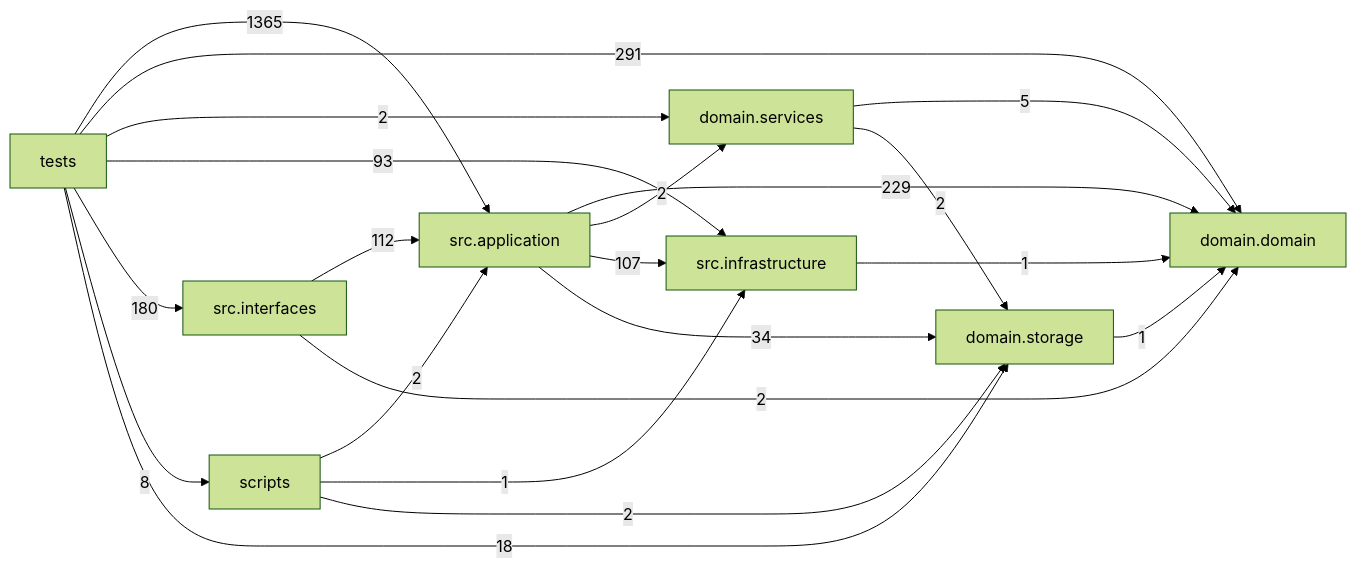
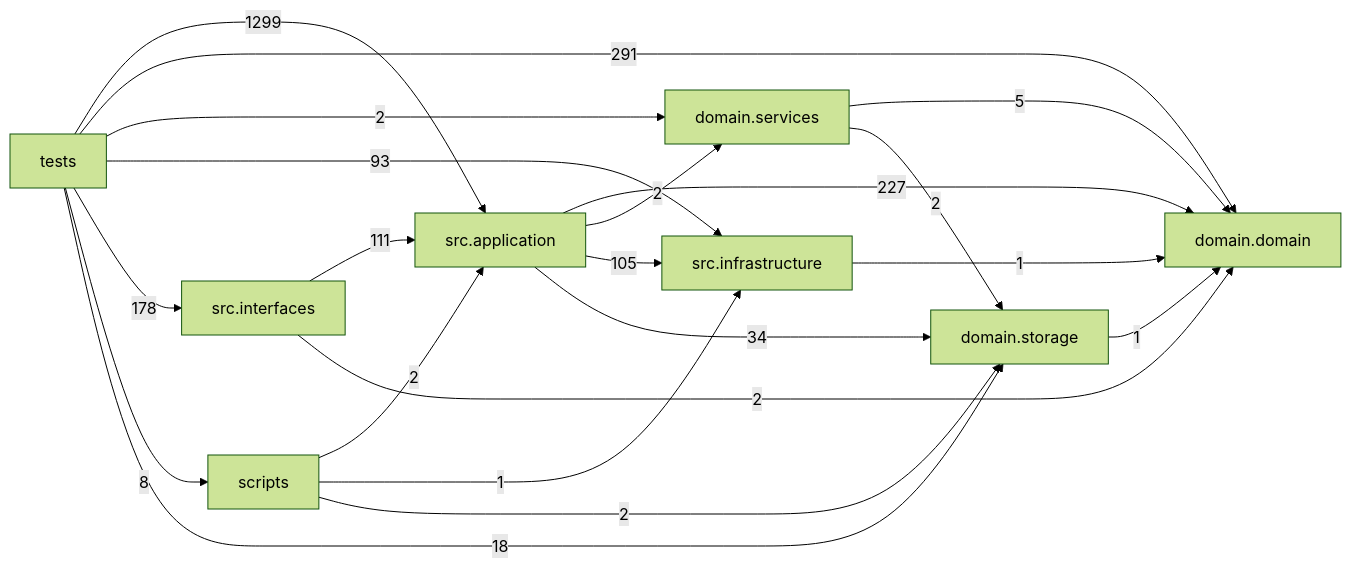
One commit to liuxie066/options-monitor changed the diagram in docs/DEPENDENCY_GRAPH.md. Above: the diagram before and after it, drawn with Mermaid (forest theme). The commit also changed other lines of this file and 85 other files, not shown here.

````diff
--- a/docs/DEPENDENCY_GRAPH.md
+++ b/docs/DEPENDENCY_GRAPH.md
@@ -24,31 +24,31 @@
 ```mermaid
 flowchart LR
   tests["tests"]
   scripts["scripts"]
   interfaces["src.interfaces"]
   application["src.application"]
   infrastructure["src.infrastructure"]
   domain_services["domain.services"]
   domain["domain.domain"]
   storage["domain.storage"]
-  application -->|229| domain
+  application -->|227| domain
   application -->|2| domain_services
-  application -->|107| infrastructure
+  application -->|105| infrastructure
   application -->|34| storage
   domain_services -->|5| domain
   domain_services -->|2| storage
   infrastructure -->|1| domain
-  interfaces -->|112| application
+  interfaces -->|111| application
   interfaces -->|2| domain
   scripts -->|2| application
   scripts -->|1| infrastructure
   scripts -->|2| storage
   storage -->|1| domain
-  tests -->|1365| application
+  tests -->|1299| application
   tests -->|291| domain
   tests -->|2| domain_services
   tests -->|93| infrastructure
-  tests -->|180| interfaces
+  tests -->|178| interfaces
   tests -->|8| scripts
   tests -->|18| storage
 ```
````
